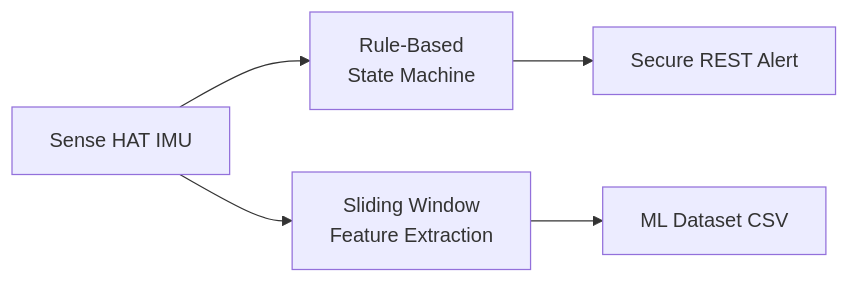
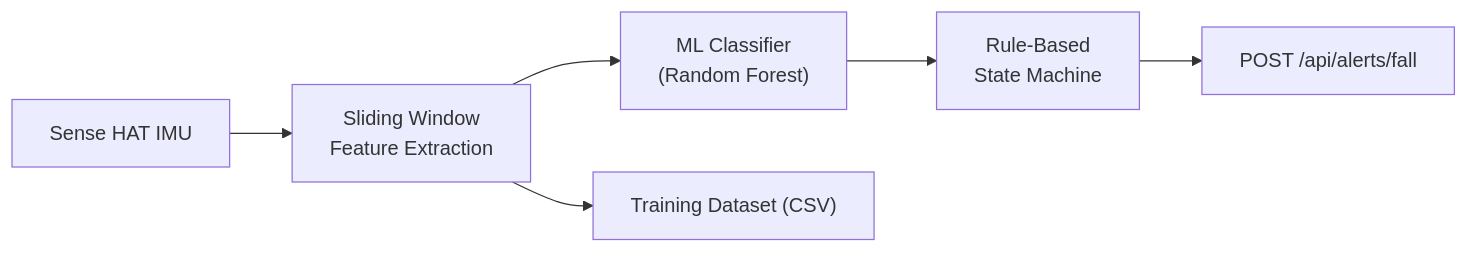
Before and after one commit to secure-health-app/.github: the second of 2 diagrams in profile/README.md, drawn with Mermaid. The commit also changed other lines of this file, not shown here.

Commit message:
Update README with improved backend and detection architecture

````diff
--- a/profile/README.md
+++ b/profile/README.md
@@ -55,13 +55,15 @@
 ```mermaid
 flowchart LR
     IMU["Sense HAT IMU"]
+    Features["Sliding Window\nFeature Extraction"]
+    ML["ML Classifier\n(Random Forest)"]
     Rules["Rule-Based\nState Machine"]
-    Features["Sliding Window\nFeature Extraction"]
-    Dataset["ML Dataset CSV"]
-    Alert["Secure REST Alert"]
+    Dataset["Training Dataset (CSV)"]
+    Alert["POST /api/alerts/fall"]
 
-    IMU --> Rules
     IMU --> Features
+    Features --> ML
+    ML --> Rules
+    Rules --> Alert
     Features --> Dataset
-    Rules --> Alert
 ```
````
